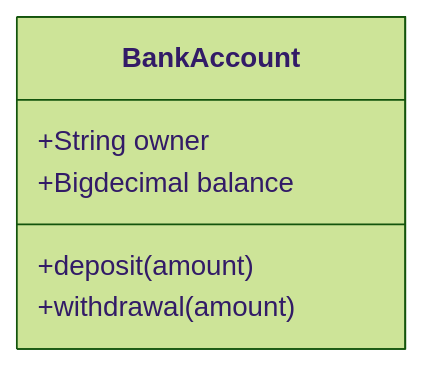
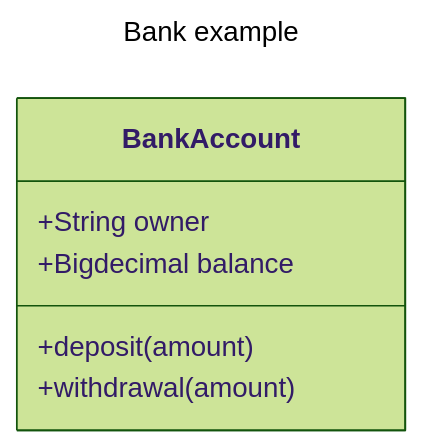
Before and after one commit to mermaid-js/mermaid: the second of 21 diagrams in docs/syntax/classDiagram.md, drawn with Mermaid (forest theme). The commit also changed other lines of this file and 47 other files, not shown here.

````diff
--- a/docs/syntax/classDiagram.md
+++ b/docs/syntax/classDiagram.md
@@ -89,9 +98,12 @@
 ```mermaid
+---
+title: Bank example
+---
 classDiagram
     class BankAccount
     BankAccount : +String owner
     BankAccount : +Bigdecimal balance
     BankAccount : +deposit(amount)
     BankAccount : +withdrawal(amount)
 
 ```
````
